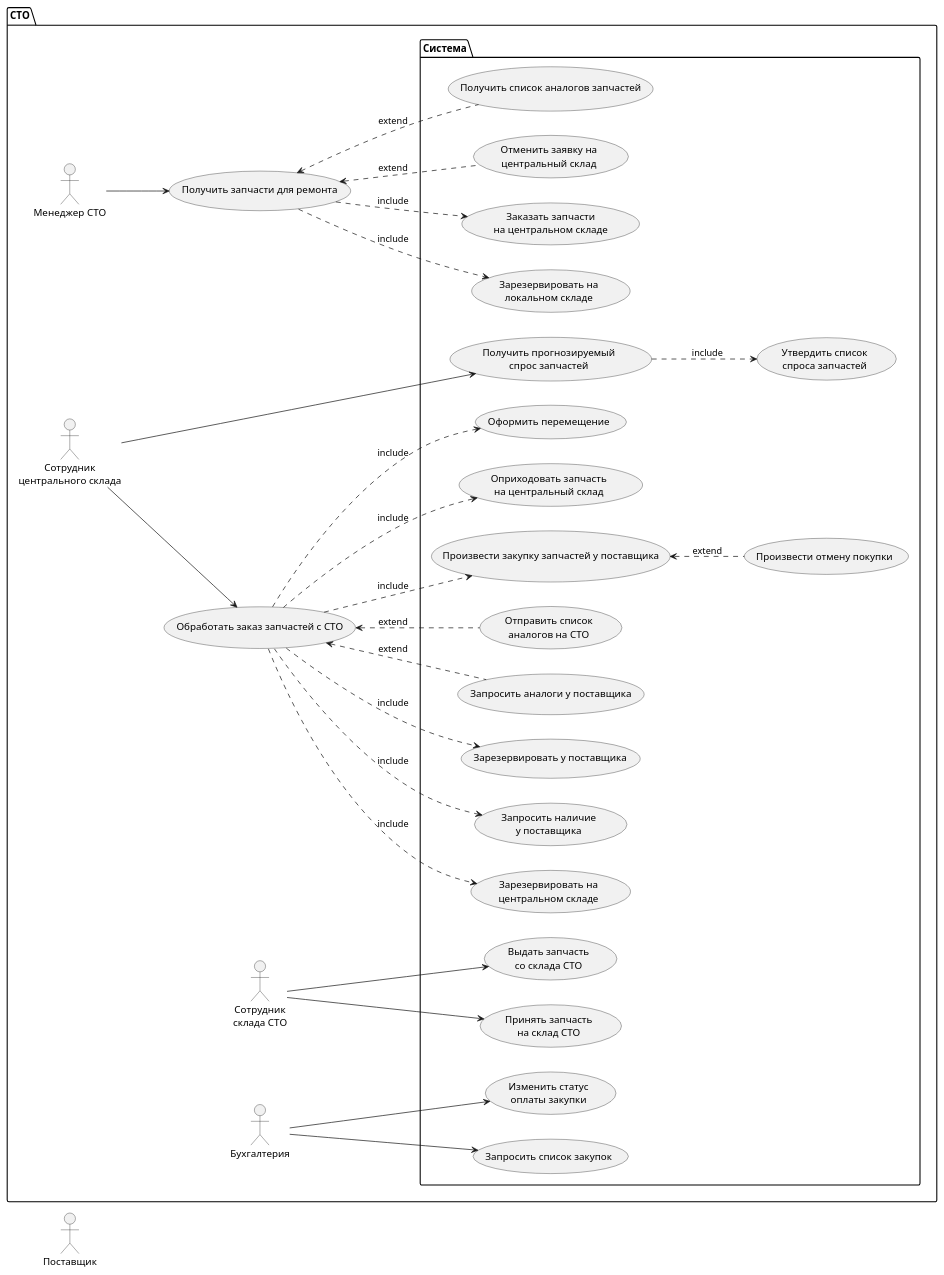
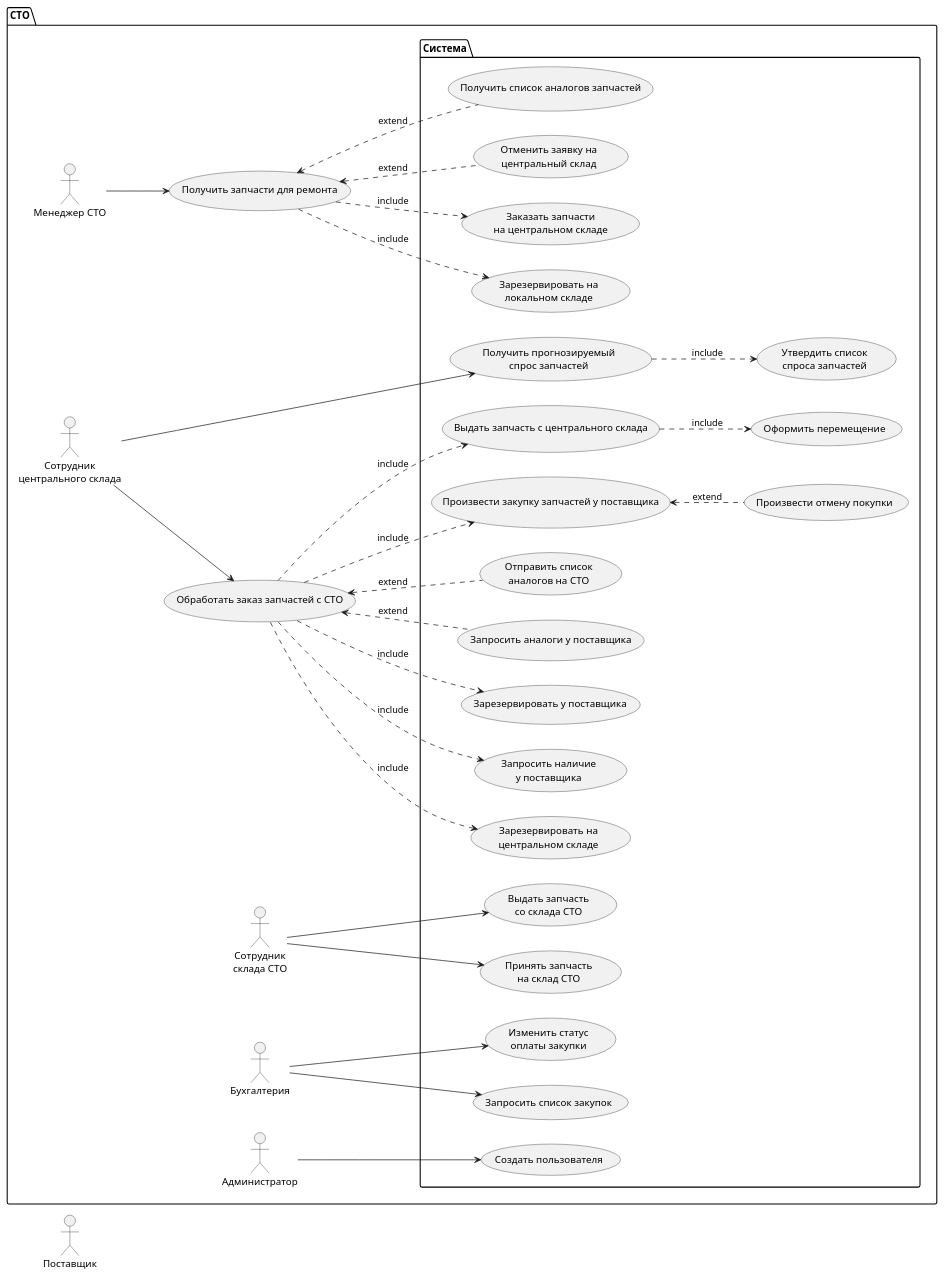
Before and after one commit to aapoplavskii/Project_Otus_SA: the diagram in UC/usecase.plantuml, drawn with PlantUML. The commit also changed 20 other files, not shown here.

Commit message:
исправил ошибки ER, добавил UC

```diff
--- a/UC/usecase.plantuml
+++ b/UC/usecase.plantuml
@@ -1,83 +1,87 @@
 @startuml Domaine modele
 left to right direction
 skinparam DefaultTextAlignment center
 
     actor Поставщик as provider
 
     package СТО {
                
     actor :Менеджер СТО: as manager
     actor :Сотрудник\nцентрального склада: as sklad
     actor :Сотрудник\nсклада СТО: as skladsto 
     actor :Бухгалтерия: as buh
+    actor :Администратор: as admin
     
 
     usecase "Получить запчасти для ремонта" as zakaz
 
     usecase "Обработать заказ запчастей с СТО" as processorder 
 
     
         
         package Система {            
 
             usecase "Зарезервировать на\nлокальном складе" as reservlocal
             usecase "Заказать запчасти\nна центральном складе" as app            
             usecase "Отменить заявку на\nцентральный склад" as cancelapp
             usecase "Получить список аналогов запчастей" as getanalog
             
 
             usecase "Принять запчасть\nна склад СТО" as accept
             usecase "Выдать запчасть\nсо склада СТО" as issuesto
 
             
             usecase "Зарезервировать на\nцентральном складе" as reservcenter
             usecase "Запросить наличие\nу поставщика" as zakazdealer
             usecase "Зарезервировать у поставщика" as reservdealer
             usecase "Запросить аналоги у поставщика" as getanalogdealer
             usecase "Отправить список\nаналогов на СТО" as sendanalogdealer
             usecase "Произвести закупку запчастей у поставщика" as purchase
             usecase "Произвести отмену покупки" as cancelpurchase
-            usecase "Оприходовать запчасть\nна центральный склад" as issuecenter
+            usecase "Принять запчасть\nна центральный склад" as issuecenter
             usecase "Оформить перемещение" as senddelivery
+            usecase "Выдать запчасть с центрального склада" as issuecenter 
 
             usecase "Получить прогнозируемый\nспрос запчастей" as getforecast
 
             usecase "Утвердить список\nспроса запчастей" as signforecast
 
             usecase "Запросить список закупок" as getlistpurchase
             usecase "Изменить статус\nоплаты закупки" as patchpurchase
 
-
+            usecase "Создать пользователя" as adduser
                     
         }    
 
     manager --> zakaz
     zakaz ..> reservlocal : include
     zakaz <.. cancelapp : extend 
     zakaz <.. getanalog : extend
     zakaz ..> app : include
     
     skladsto --> accept
     skladsto --> issuesto
     
     sklad --> processorder
     processorder ..> purchase : include
 
     processorder ..> reservcenter : include
     processorder ..> zakazdealer : include
     processorder ..> reservdealer : include
     processorder <.. getanalogdealer : extend
     processorder <.. sendanalogdealer : extend 
     processorder ..> issuecenter : include 
-    processorder ..> senddelivery : include
+    issuecenter ..> senddelivery : include
 
     purchase <.. cancelpurchase : extend 
 
     sklad --> getforecast
     getforecast ..> signforecast : include 
 
     buh --> getlistpurchase
     buh --> patchpurchase
+
+    admin --> adduser
    
     }
 @enduml
```
